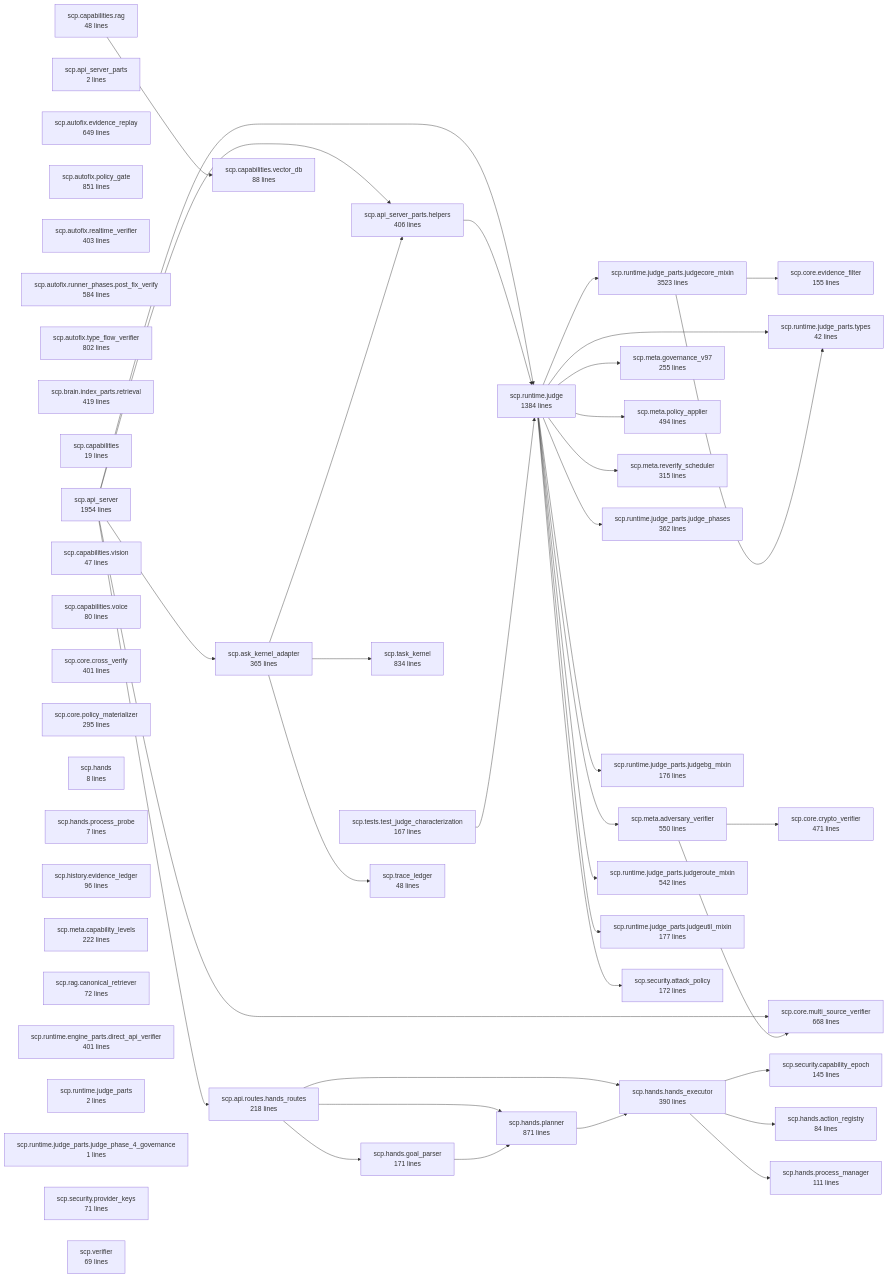
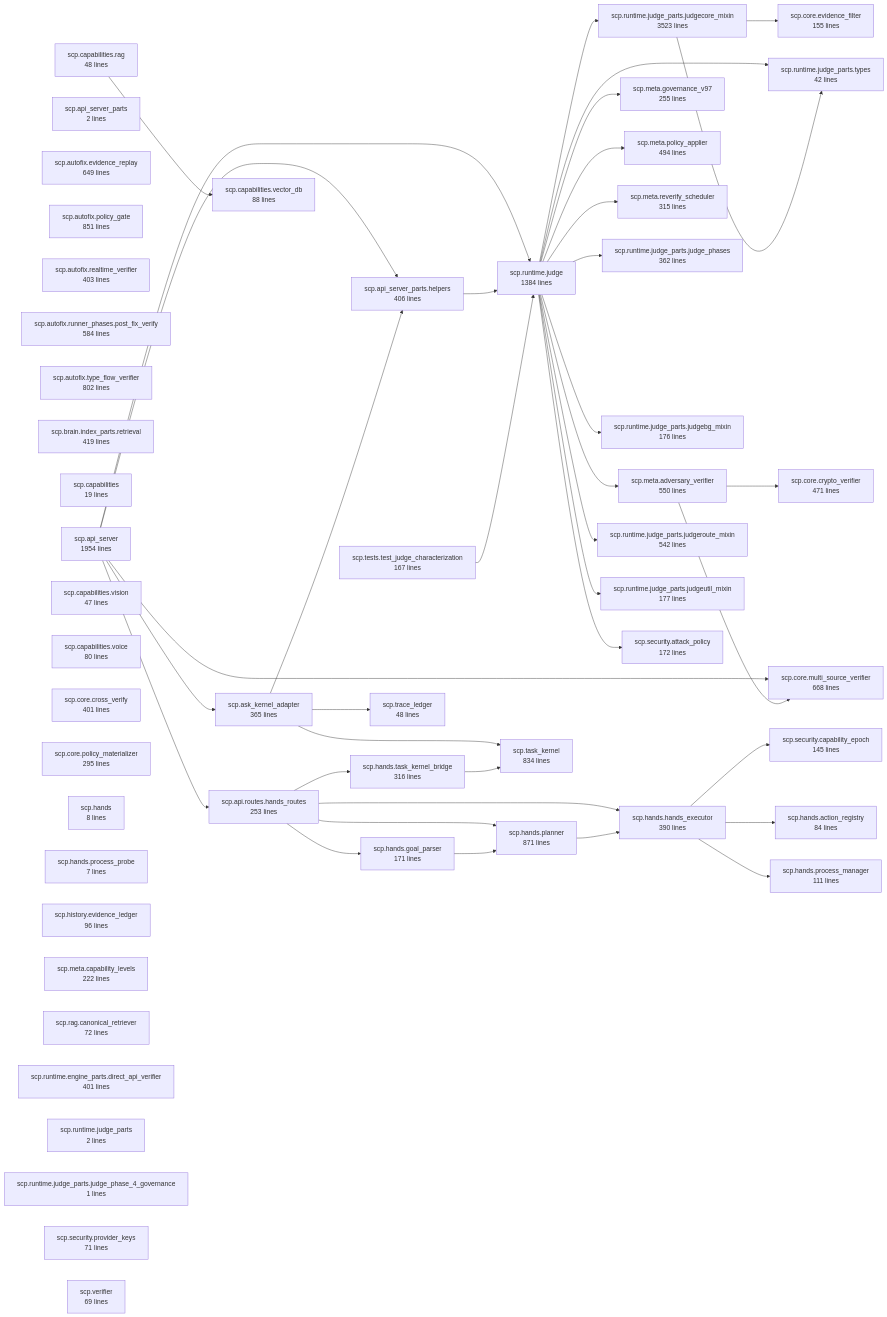
One commit to checken1994/GA-LAB changed the diagram in reports/codegraph_20260826/codegraph_focused.mmd. Above: the diagram before and after it, drawn with Mermaid. The commit also changed 10 other files, not shown here.

Commit message:
docs: record Hands kernel bridge runtime evidence

```diff
--- a/reports/codegraph_20260826/codegraph_focused.mmd
+++ b/reports/codegraph_20260826/codegraph_focused.mmd
@@ -1,87 +1,90 @@
 flowchart LR
-    n0["scp.api.routes.hands_routes<br/>218 lines"]
+    n0["scp.api.routes.hands_routes<br/>253 lines"]
     n1["scp.api_server<br/>1954 lines"]
     n2["scp.api_server_parts<br/>2 lines"]
     n3["scp.api_server_parts.helpers<br/>406 lines"]
     n4["scp.ask_kernel_adapter<br/>365 lines"]
     n5["scp.autofix.evidence_replay<br/>649 lines"]
     n6["scp.autofix.policy_gate<br/>851 lines"]
     n7["scp.autofix.realtime_verifier<br/>403 lines"]
     n8["scp.autofix.runner_phases.post_fix_verify<br/>584 lines"]
     n9["scp.autofix.type_flow_verifier<br/>802 lines"]
     n10["scp.brain.index_parts.retrieval<br/>419 lines"]
     n11["scp.capabilities<br/>19 lines"]
     n12["scp.capabilities.rag<br/>48 lines"]
     n13["scp.capabilities.vector_db<br/>88 lines"]
     n14["scp.capabilities.vision<br/>47 lines"]
     n15["scp.capabilities.voice<br/>80 lines"]
     n16["scp.core.cross_verify<br/>401 lines"]
     n17["scp.core.crypto_verifier<br/>471 lines"]
     n18["scp.core.evidence_filter<br/>155 lines"]
     n19["scp.core.multi_source_verifier<br/>668 lines"]
     n20["scp.core.policy_materializer<br/>295 lines"]
     n21["scp.hands<br/>8 lines"]
     n22["scp.hands.action_registry<br/>84 lines"]
     n23["scp.hands.goal_parser<br/>171 lines"]
     n24["scp.hands.hands_executor<br/>390 lines"]
     n25["scp.hands.planner<br/>871 lines"]
     n26["scp.hands.process_manager<br/>111 lines"]
     n27["scp.hands.process_probe<br/>7 lines"]
-    n28["scp.history.evidence_ledger<br/>96 lines"]
-    n29["scp.meta.adversary_verifier<br/>550 lines"]
-    n30["scp.meta.capability_levels<br/>222 lines"]
-    n31["scp.meta.governance_v97<br/>255 lines"]
-    n32["scp.meta.policy_applier<br/>494 lines"]
-    n33["scp.meta.reverify_scheduler<br/>315 lines"]
-    n34["scp.rag.canonical_retriever<br/>72 lines"]
-    n35["scp.runtime.engine_parts.direct_api_verifier<br/>401 lines"]
-    n36["scp.runtime.judge<br/>1384 lines"]
-    n37["scp.runtime.judge_parts<br/>2 lines"]
-    n38["scp.runtime.judge_parts.judge_phase_4_governance<br/>1 lines"]
-    n39["scp.runtime.judge_parts.judge_phases<br/>362 lines"]
-    n40["scp.runtime.judge_parts.judgebg_mixin<br/>176 lines"]
-    n41["scp.runtime.judge_parts.judgecore_mixin<br/>3523 lines"]
-    n42["scp.runtime.judge_parts.judgeroute_mixin<br/>542 lines"]
-    n43["scp.runtime.judge_parts.judgeutil_mixin<br/>177 lines"]
-    n44["scp.runtime.judge_parts.types<br/>42 lines"]
-    n45["scp.security.attack_policy<br/>172 lines"]
-    n46["scp.security.capability_epoch<br/>145 lines"]
-    n47["scp.security.provider_keys<br/>71 lines"]
-    n48["scp.task_kernel<br/>834 lines"]
-    n49["scp.tests.test_judge_characterization<br/>167 lines"]
-    n50["scp.trace_ledger<br/>48 lines"]
-    n51["scp.verifier<br/>69 lines"]
+    n28["scp.hands.task_kernel_bridge<br/>316 lines"]
+    n29["scp.history.evidence_ledger<br/>96 lines"]
+    n30["scp.meta.adversary_verifier<br/>550 lines"]
+    n31["scp.meta.capability_levels<br/>222 lines"]
+    n32["scp.meta.governance_v97<br/>255 lines"]
+    n33["scp.meta.policy_applier<br/>494 lines"]
+    n34["scp.meta.reverify_scheduler<br/>315 lines"]
+    n35["scp.rag.canonical_retriever<br/>72 lines"]
+    n36["scp.runtime.engine_parts.direct_api_verifier<br/>401 lines"]
+    n37["scp.runtime.judge<br/>1384 lines"]
+    n38["scp.runtime.judge_parts<br/>2 lines"]
+    n39["scp.runtime.judge_parts.judge_phase_4_governance<br/>1 lines"]
+    n40["scp.runtime.judge_parts.judge_phases<br/>362 lines"]
+    n41["scp.runtime.judge_parts.judgebg_mixin<br/>176 lines"]
+    n42["scp.runtime.judge_parts.judgecore_mixin<br/>3523 lines"]
+    n43["scp.runtime.judge_parts.judgeroute_mixin<br/>542 lines"]
+    n44["scp.runtime.judge_parts.judgeutil_mixin<br/>177 lines"]
+    n45["scp.runtime.judge_parts.types<br/>42 lines"]
+    n46["scp.security.attack_policy<br/>172 lines"]
+    n47["scp.security.capability_epoch<br/>145 lines"]
+    n48["scp.security.provider_keys<br/>71 lines"]
+    n49["scp.task_kernel<br/>834 lines"]
+    n50["scp.tests.test_judge_characterization<br/>167 lines"]
+    n51["scp.trace_ledger<br/>48 lines"]
+    n52["scp.verifier<br/>69 lines"]
     n0 --> n23
     n0 --> n24
     n0 --> n25
+    n0 --> n28
     n1 --> n3
-    n1 --> n36
+    n1 --> n37
     n1 --> n0
     n1 --> n4
     n1 --> n19
-    n3 --> n36
-    n4 --> n48
-    n4 --> n50
+    n3 --> n37
+    n4 --> n49
+    n4 --> n51
     n4 --> n3
     n12 --> n13
     n23 --> n25
-    n24 --> n46
+    n24 --> n47
     n24 --> n22
     n24 --> n26
     n25 --> n24
-    n29 --> n17
-    n29 --> n19
-    n36 --> n40
-    n36 --> n41
-    n36 --> n42
-    n36 --> n43
-    n36 --> n44
-    n36 --> n32
-    n36 --> n29
-    n36 --> n31
-    n36 --> n45
-    n36 --> n33
-    n36 --> n39
-    n41 --> n18
-    n41 --> n44
-    n49 --> n36
+    n28 --> n49
+    n30 --> n17
+    n30 --> n19
+    n37 --> n41
+    n37 --> n42
+    n37 --> n43
+    n37 --> n44
+    n37 --> n45
+    n37 --> n33
+    n37 --> n30
+    n37 --> n32
+    n37 --> n46
+    n37 --> n34
+    n37 --> n40
+    n42 --> n18
+    n42 --> n45
+    n50 --> n37
```
